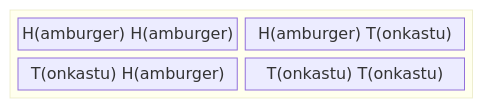
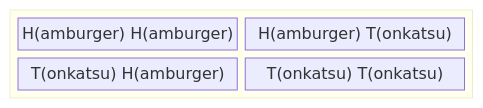
The diagram in content/intro/02_hungry.md (josephausterweil/probintro), drawn with Mermaid before and after one commit. The commit also changed other lines of this file and 45 other files, not shown here.

````diff
--- a/content/intro/02_hungry.md
+++ b/content/intro/02_hungry.md
@@ -12,8 +12,8 @@
 ```mermaid
 block-beta
     block
         columns 2
-        a["H(amburger) H(amburger)"] b["H(amburger) T(onkastu)"]
-        c["T(onkastu) H(amburger)"] d["T(onkastu) T(onkastu)"]
+        a["H(amburger) H(amburger)"] b["H(amburger) T(onkatsu)"]
+        c["T(onkatsu) H(amburger)"] d["T(onkatsu) T(onkatsu)"]
     end
 ```
````
